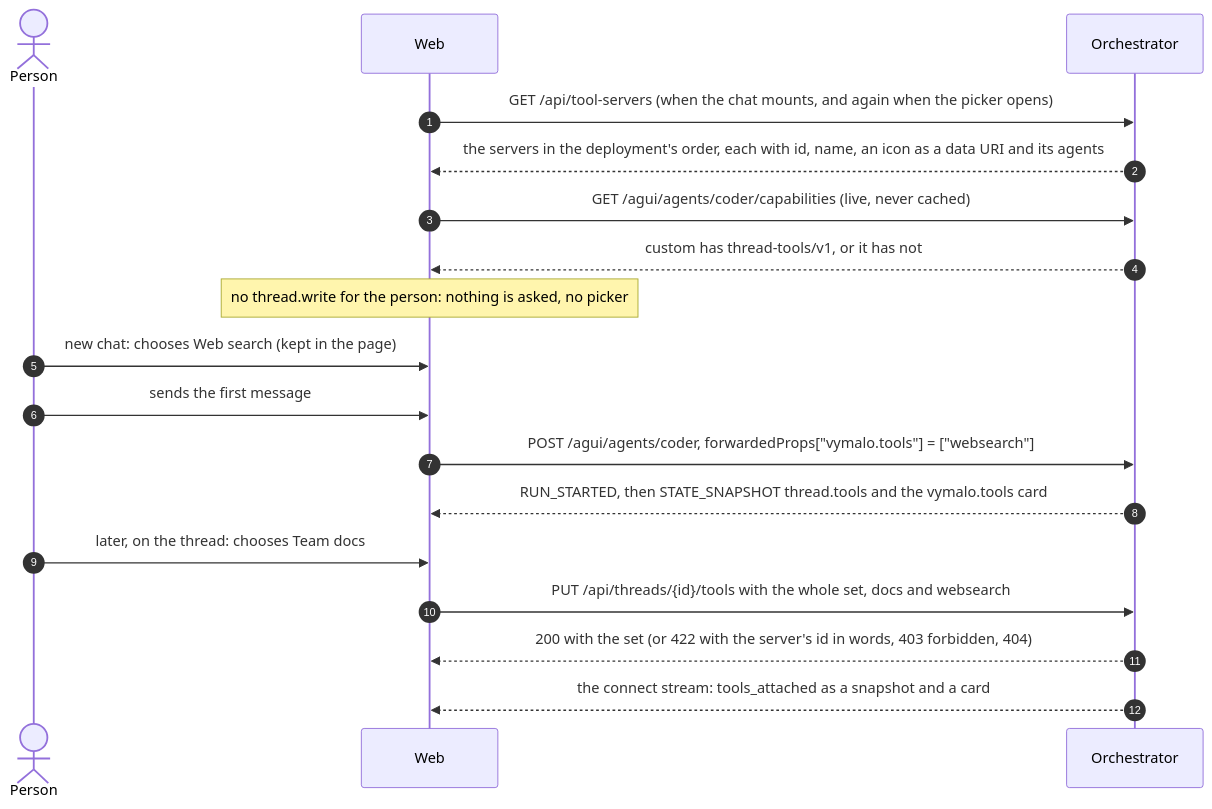
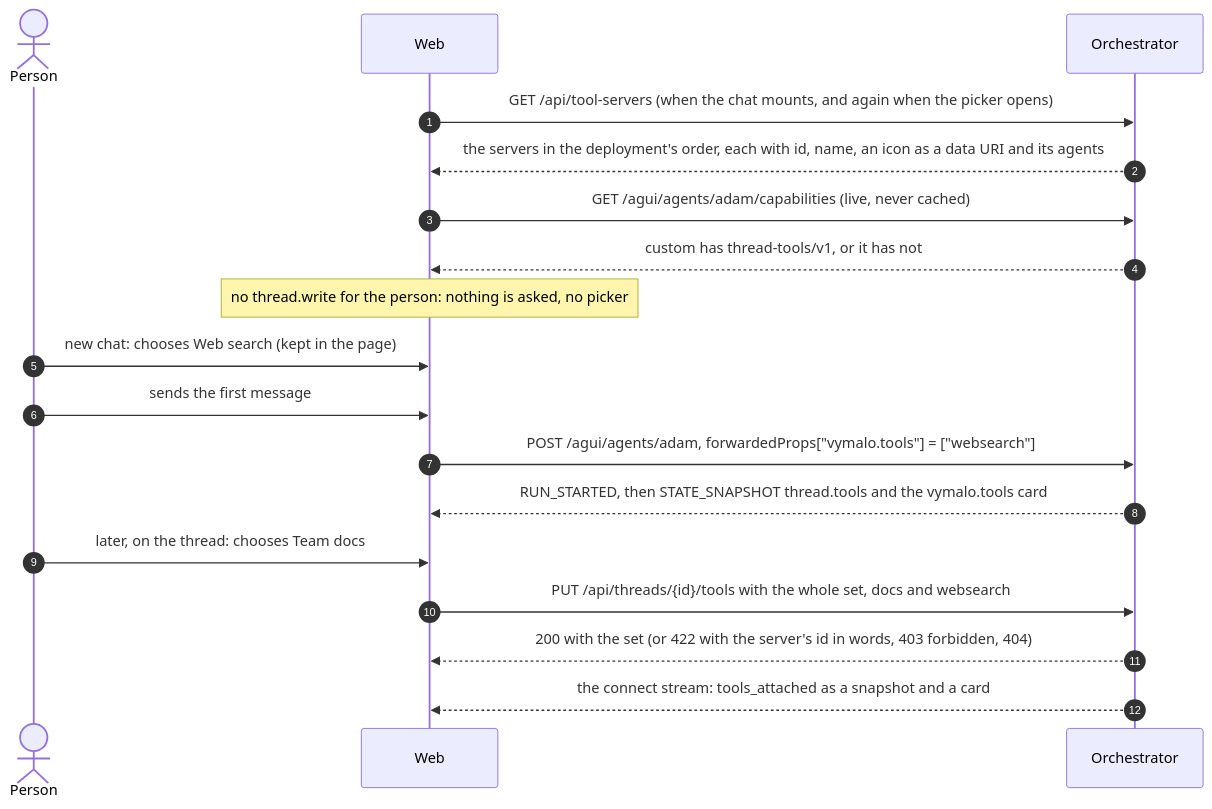
Before and after one commit to vymalo/another-agentic-system: diagram 11 of 30 in web/README.md, drawn with Mermaid. The commit also changed other lines of this file and 126 other files, not shown here.

First line of the commit message:
feat: the coder is shown as Adam, agents have aliases, and the chat has sub-agents (#194)

````diff
--- a/web/README.md
+++ b/web/README.md
@@ -689,20 +691,20 @@
 ```mermaid
 sequenceDiagram
   autonumber
   actor U as Person
   participant W as Web
   participant O as Orchestrator
   W->>O: GET /api/tool-servers (when the chat mounts, and again when the picker opens)
   O-->>W: the servers in the deployment's order, each with id, name, an icon as a data URI and its agents
-  W->>O: GET /agui/agents/coder/capabilities (live, never cached)
+  W->>O: GET /agui/agents/adam/capabilities (live, never cached)
   O-->>W: custom has thread-tools/v1, or it has not
   Note over W: no thread.write for the person: nothing is asked, no picker
   U->>W: new chat: chooses Web search (kept in the page)
   U->>W: sends the first message
-  W->>O: POST /agui/agents/coder, forwardedProps["vymalo.tools"] = ["websearch"]
+  W->>O: POST /agui/agents/adam, forwardedProps["vymalo.tools"] = ["websearch"]
   O-->>W: RUN_STARTED, then STATE_SNAPSHOT thread.tools and the vymalo.tools card
   U->>W: later, on the thread: chooses Team docs
   W->>O: PUT /api/threads/{id}/tools with the whole set, docs and websearch
   O-->>W: 200 with the set (or 422 with the server's id in words, 403 forbidden, 404)
   O-->>W: the connect stream: tools_attached as a snapshot and a card
 ```
````
